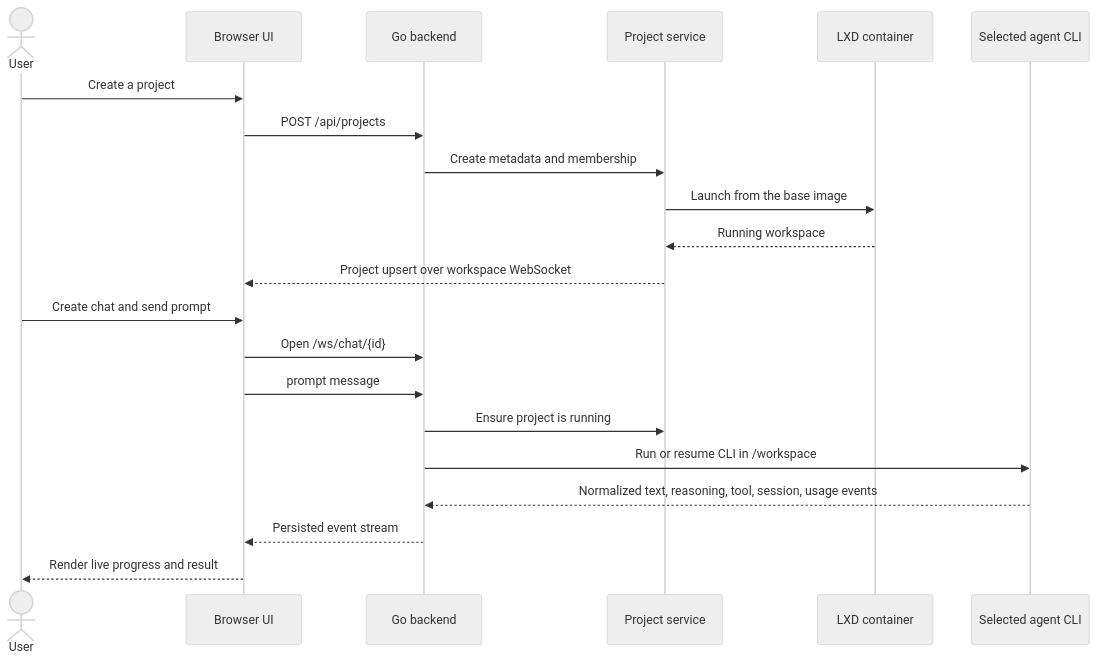
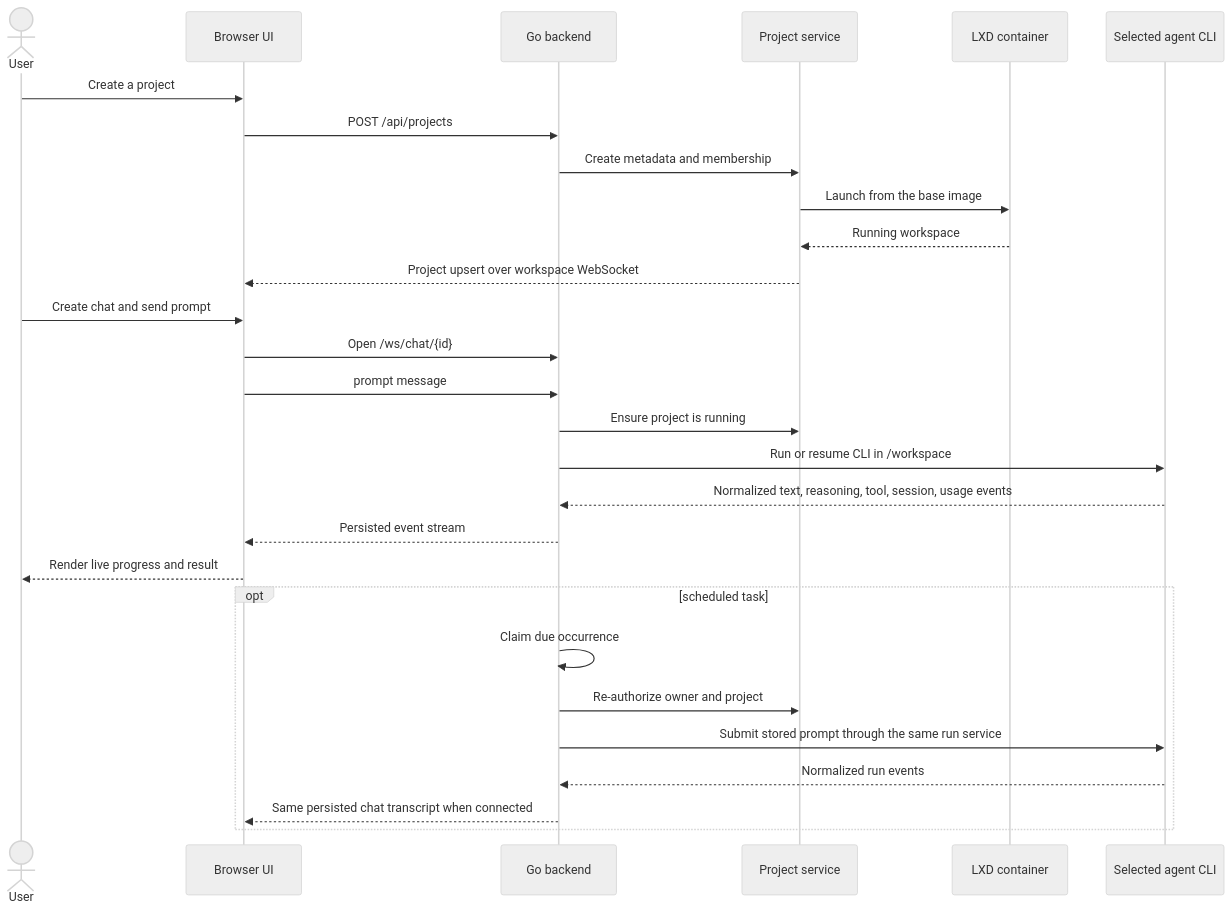
One commit to AbdallahMohamedDotnet/remote.futrx changed the third of 3 diagrams in docs/01-overview/01-system-overview.md. Above: the diagram before and after it, drawn with Mermaid (neutral theme). The commit also changed other lines of this file and 25 other files, not shown here.

````diff
--- a/docs/01-overview/01-system-overview.md
+++ b/docs/01-overview/01-system-overview.md
@@ -73,25 +77,33 @@
 ```mermaid
 sequenceDiagram
     actor User
     participant UI as Browser UI
     participant API as Go backend
     participant Project as Project service
     participant LXD as LXD container
     participant Agent as Selected agent CLI
 
     User->>UI: Create a project
     UI->>API: POST /api/projects
     API->>Project: Create metadata and membership
     Project->>LXD: Launch from the base image
     LXD-->>Project: Running workspace
     Project-->>UI: Project upsert over workspace WebSocket
 
     User->>UI: Create chat and send prompt
     UI->>API: Open /ws/chat/{id}
     UI->>API: prompt message
     API->>Project: Ensure project is running
     API->>Agent: Run or resume CLI in /workspace
     Agent-->>API: Normalized text, reasoning, tool, session, usage events
     API-->>UI: Persisted event stream
     UI-->>User: Render live progress and result
+
+    opt scheduled task
+        API->>API: Claim due occurrence
+        API->>Project: Re-authorize owner and project
+        API->>Agent: Submit stored prompt through the same run service
+        Agent-->>API: Normalized run events
+        API-->>UI: Same persisted chat transcript when connected
+    end
 ```
````
